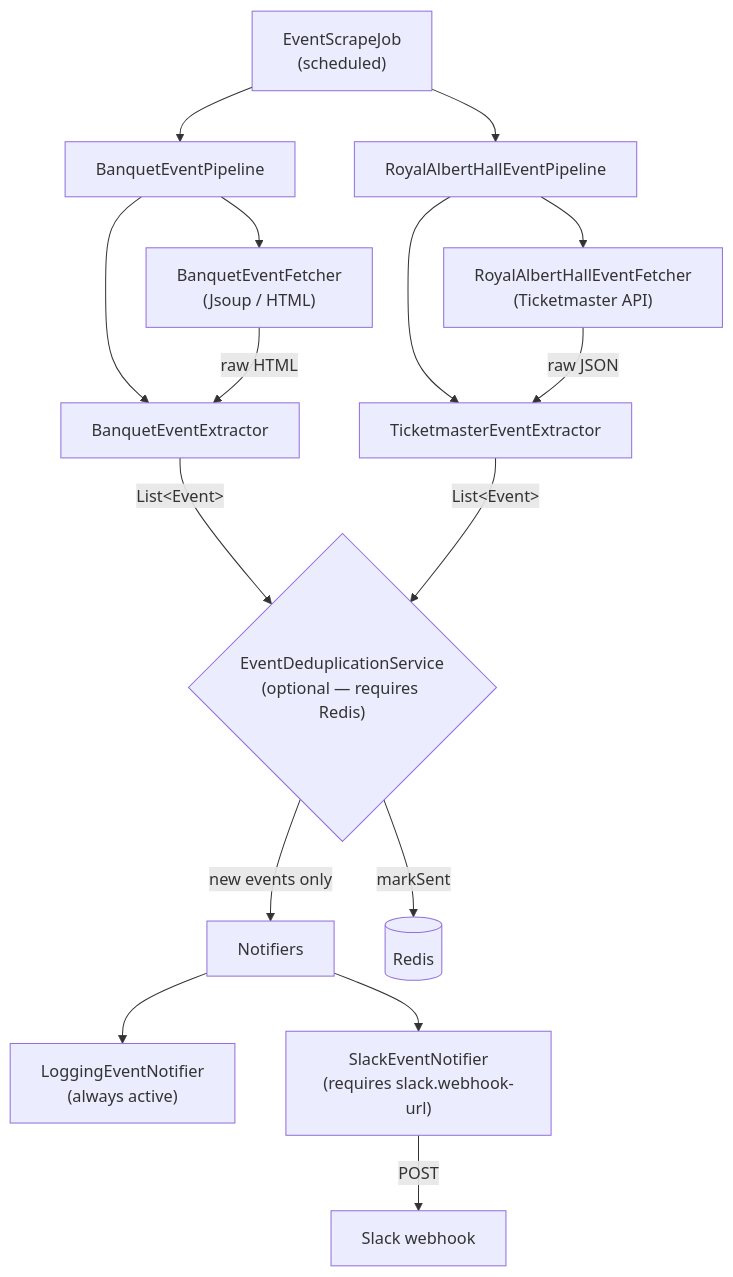
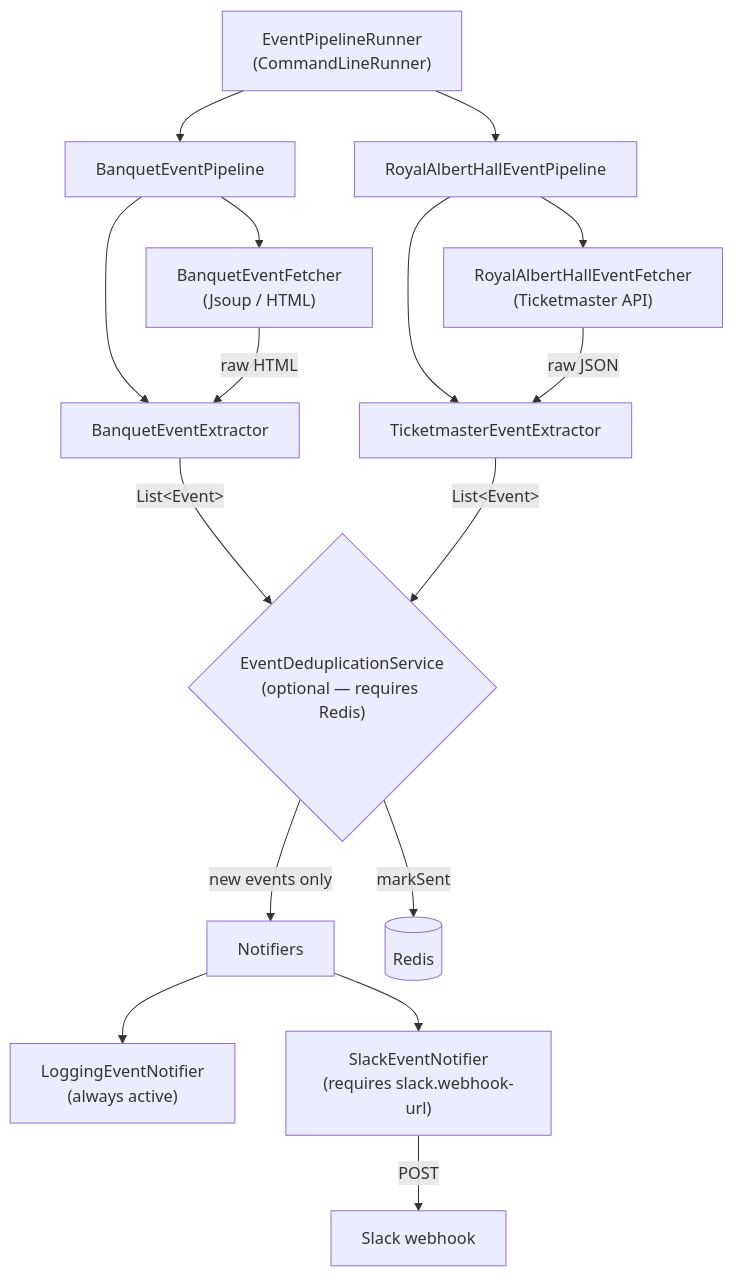
The diagram in README.md (dermotmburke/gig-hub), drawn with Mermaid before and after one commit. The commit also changed other lines of this file, not shown here.

````diff
--- a/README.md
+++ b/README.md
@@ -15,29 +15,29 @@
 ```mermaid
 flowchart TD
-    Job["EventScrapeJob\n(scheduled)"]
+    Job["EventPipelineRunner\n(CommandLineRunner)"]
 
     Job --> BP["BanquetEventPipeline"]
     Job --> RP["RoyalAlbertHallEventPipeline"]
 
     BP --> BF["BanquetEventFetcher\n(Jsoup / HTML)"]
     BP --> BE["BanquetEventExtractor"]
 
     RP --> RF["RoyalAlbertHallEventFetcher\n(Ticketmaster API)"]
     RP --> TE["TicketmasterEventExtractor"]
 
     BF --> |raw HTML| BE
     RF --> |raw JSON| TE
 
     BE --> |List&lt;Event&gt;| Dedup
     TE --> |List&lt;Event&gt;| Dedup
 
     Dedup{"EventDeduplicationService\n(optional — requires Redis)"}
     Dedup --> |new events only| Notify
 
     Notify["Notifiers"]
     Notify --> Log["LoggingEventNotifier\n(always active)"]
     Notify --> Slack["SlackEventNotifier\n(requires slack.webhook-url)"]
 
     Dedup --> |markSent| Redis[("Redis")]
     Slack --> |POST| SlackAPI["Slack webhook"]
 ```
````
